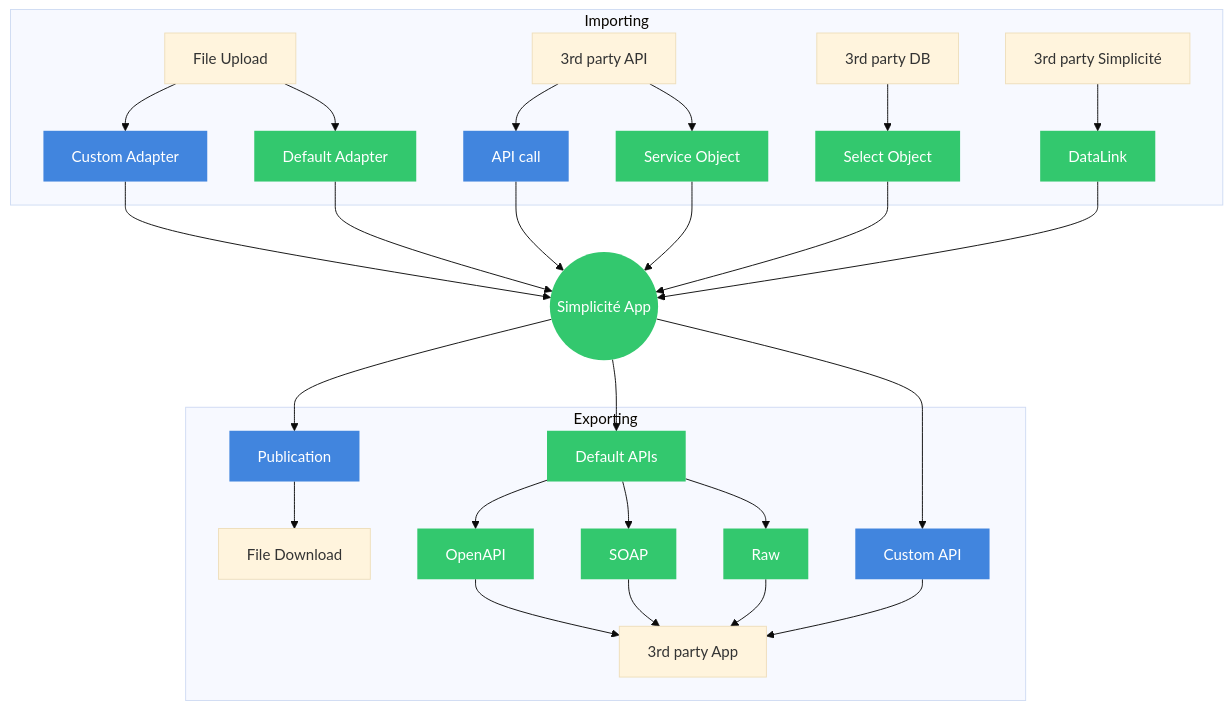
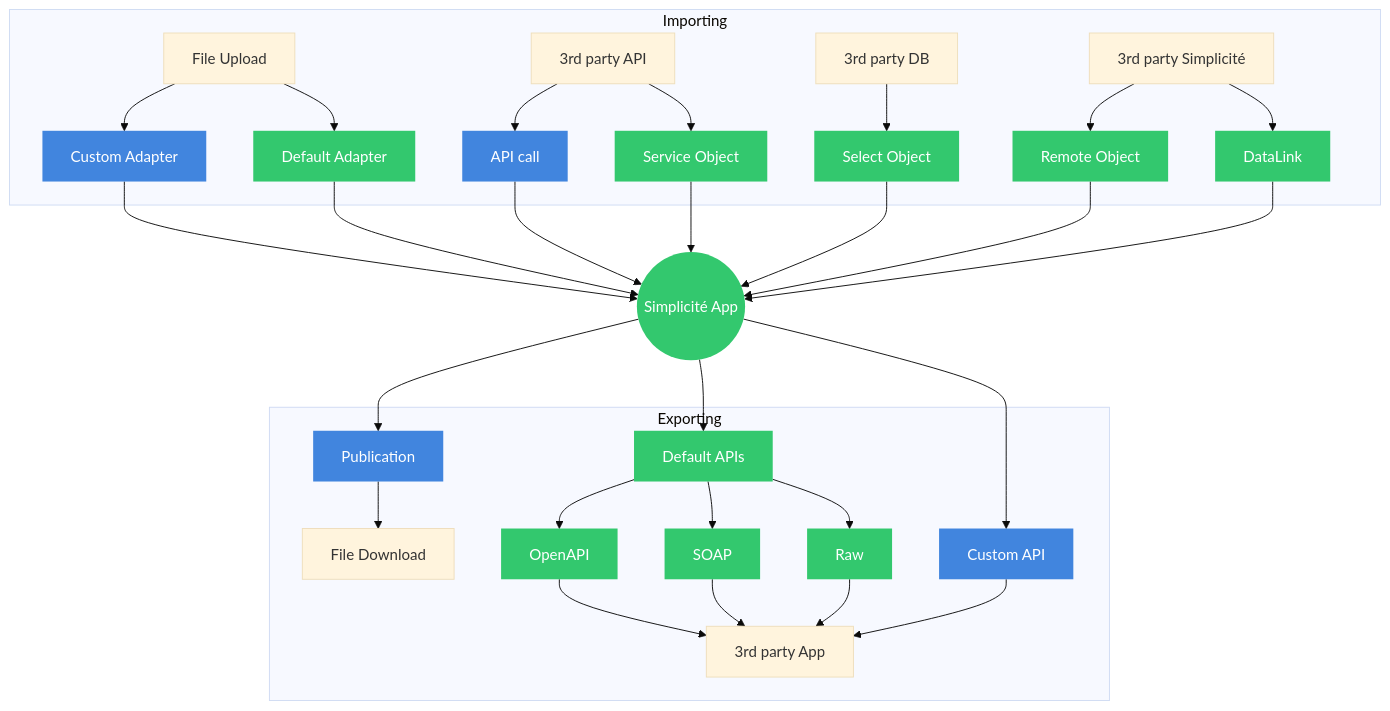
One commit to simplicitesoftware/docs changed the diagram in content/CTG_50_docs/CTG_40_integration/LSN_5_in-out/in-out.md. Above: the diagram before and after it, drawn with Mermaid (base theme).

Commit message:
add remote object to data in-outlesson

````diff
--- a/content/CTG_50_docs/CTG_40_integration/LSN_5_in-out/in-out.md
+++ b/content/CTG_50_docs/CTG_40_integration/LSN_5_in-out/in-out.md
@@ -8,48 +8,51 @@
 ```mermaid
 flowchart TD
     A[File Upload]
     B[Custom Adapter]:::custom
     K[Default Adapter]:::sim
     C((Simplicité App)):::sim
     D[3rd party API]
     E[API call]:::custom
     F[Service Object]:::sim
     G[3rd party DB]
     H[Select Object]:::sim
     I[3rd party Simplicité]
     J[DataLink]:::sim
     M[Publication]:::custom
     N[File Download]
     O[Default APIs]:::sim
     P[OpenAPI]:::sim
     Q[SOAP]:::sim
     R[Raw]:::sim
     S[Custom API]:::custom
     T[3rd party App]
+    U[Remote Object]:::sim
     subgraph Importing
         A-->B
         A-->K
         D-->E
         D-->F
         G-->H
+        I-->U
         I-->J
     end
         B-->C
         K-->C
         E-->C
         F-->C
         H-->C
+        U-->C
         J-->C
         C-->M
         C-->O
         C-->S
     subgraph Exporting
         M-->N
         O-->P-->T
         O-->Q-->T
         O-->R-->T
         S-->T
     end
     classDef sim fill:#33c86e,stroke-width:0,color:#fff;
     classDef custom fill:#4185de,stroke-width:0,color:#fff;
 ```
````
